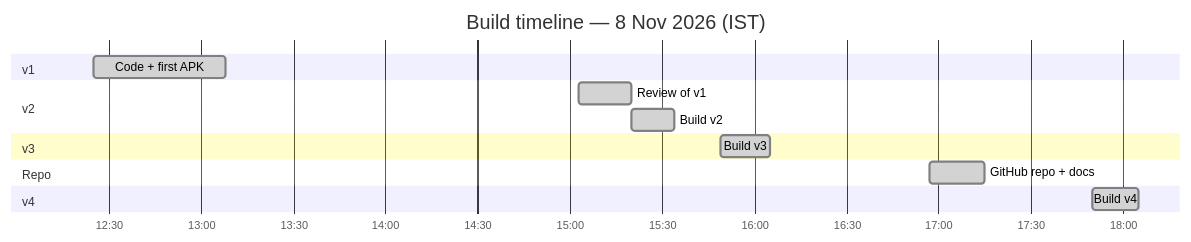
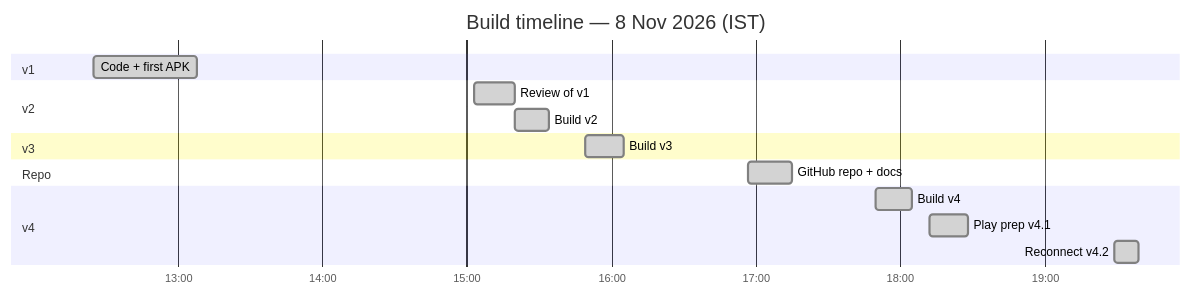
One commit to mrajkishor/Android-Phone-Clone changed the fifth of 6 diagrams in README.md. Above: the diagram before and after it, drawn with Mermaid. The commit also changed other lines of this file and 2 other files, not shown here.

````diff
--- a/README.md
+++ b/README.md
@@ -657,17 +665,19 @@
 ```mermaid
 gantt
     title Build timeline — 8 Nov 2026 (IST)
     dateFormat HH:mm
     axisFormat %H:%M
     section v1
     Code + first APK          :done, v1, 12:25, 43m
     section v2
     Review of v1              :done, r1, 15:03, 17m
     Build v2                  :done, v2, 15:20, 14m
     section v3
     Build v3                  :done, v3, 15:49, 16m
     section Repo
     GitHub repo + docs        :done, gh, 16:57, 18m
     section v4
     Build v4                  :done, v4, 17:50, 15m
+    Play prep v4.1            :done, v41, 18:12, 16m
+    Reconnect v4.2            :done, v42, 19:29, 10m
 ```
````
